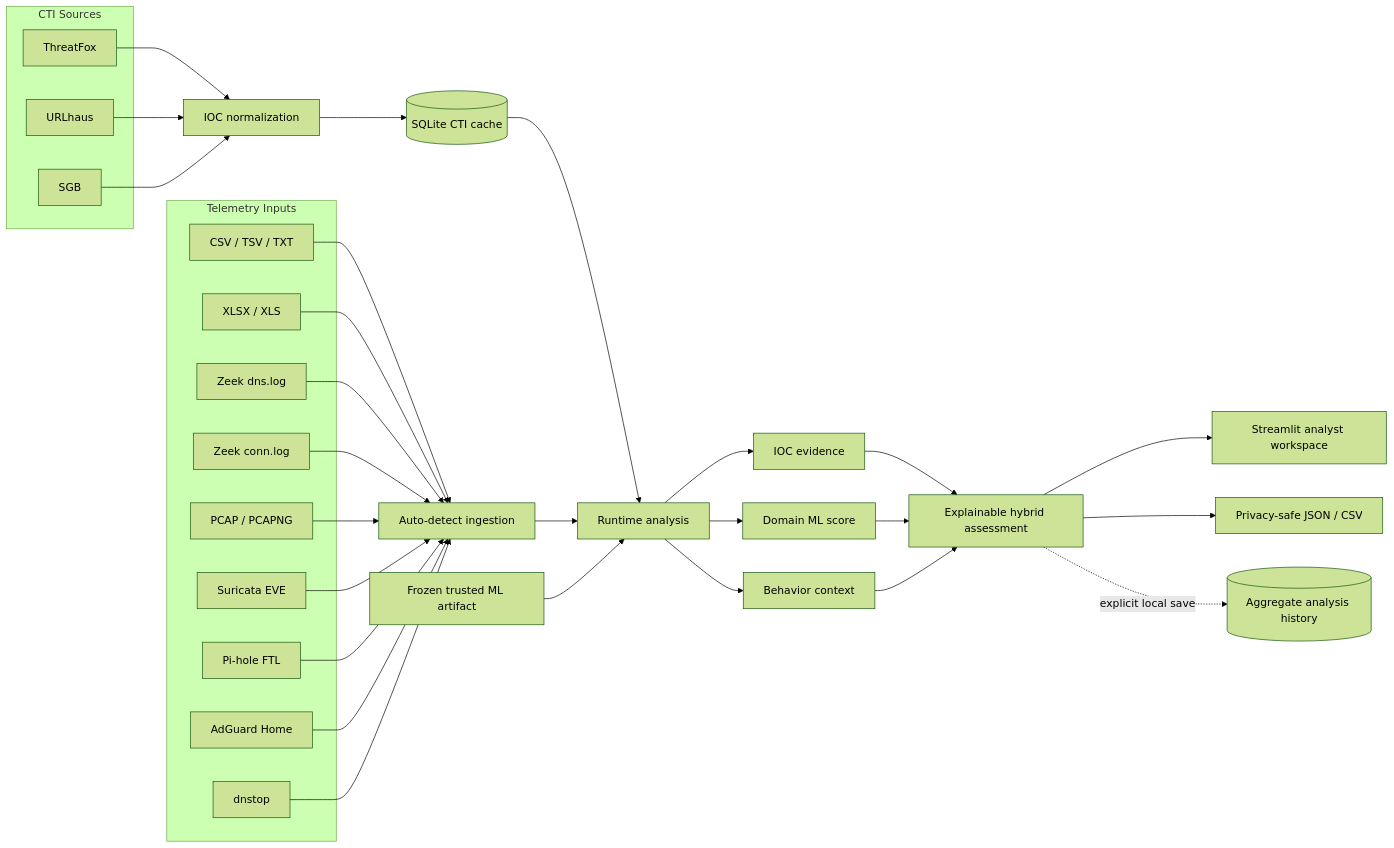
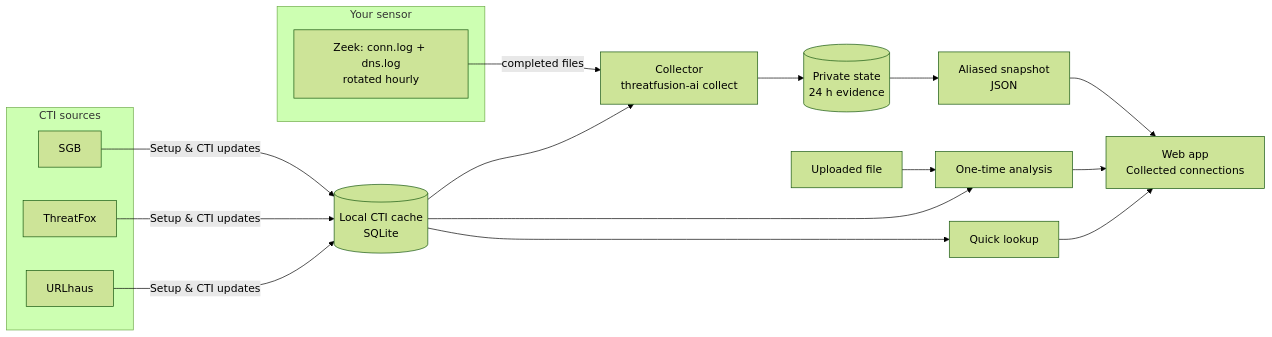
The diagram in docs/ARCHITECTURE.md (ConquestorYa/threatfusion-ai), drawn with Mermaid (forest theme) before and after one commit. The commit also changed other lines of this file and 65 other files, not shown here.

```diff
--- a/docs/ARCHITECTURE.md
+++ b/docs/ARCHITECTURE.md
@@ -47,51 +10,20 @@
 ~~~mermaid
 flowchart LR
-    subgraph SOURCES["CTI Sources"]
+    subgraph SENSOR["Your sensor"]
+        ZEEK[Zeek: conn.log + dns.log<br/>rotated hourly]
+    end
+    subgraph CTI["CTI sources"]
+        SGB[SGB]
         TF[ThreatFox]
         UH[URLhaus]
-        SGB[SGB]
     end
-
-    subgraph TELEMETRY["Telemetry Inputs"]
-        T1[CSV / TSV / TXT]
-        T2[XLSX / XLS]
-        T3[Zeek dns.log]
-        T4[Zeek conn.log]
-        T5[PCAP / PCAPNG]
-        T6[Suricata EVE]
-        T7[Pi-hole FTL]
-        T8[AdGuard Home]
-        T9[dnstop]
-    end
-
-    TF --> NORM[IOC normalization]
-    UH --> NORM
-    SGB --> NORM
-    NORM --> CACHE[(SQLite CTI cache)]
-
-    T1 --> INGEST[Auto-detect ingestion]
-    T2 --> INGEST
-    T3 --> INGEST
-    T4 --> INGEST
-    T5 --> INGEST
-    T6 --> INGEST
-    T7 --> INGEST
-    T8 --> INGEST
-    T9 --> INGEST
-
-    CACHE --> RUNTIME[Runtime analysis]
-    INGEST --> RUNTIME
-    MODEL[Frozen trusted ML artifact] --> RUNTIME
-
-    RUNTIME --> MATCH[IOC evidence]
-    RUNTIME --> ML[Domain ML score]
-    RUNTIME --> BEHAVIOR[Behavior context]
-
-    MATCH --> HYBRID[Explainable hybrid assessment]
-    ML --> HYBRID
-    BEHAVIOR --> HYBRID
-
-    HYBRID --> UI[Streamlit analyst workspace]
-    HYBRID --> EXPORT[Privacy-safe JSON / CSV]
-    HYBRID -. explicit local save .-> HISTORY[(Aggregate analysis history)]
+    SGB & TF & UH -->|Setup & CTI updates| CACHE[(Local CTI cache<br/>SQLite)]
+    ZEEK -->|completed files| COLLECTOR[Collector<br/>threatfusion-ai collect]
+    CACHE --> COLLECTOR
+    COLLECTOR --> STATE[(Private state<br/>24 h evidence)]
+    STATE --> SNAPSHOT[Aliased snapshot<br/>JSON]
+    SNAPSHOT --> UI[Web app<br/>Collected connections]
+    UPLOAD[Uploaded file] --> ANALYSIS[One-time analysis] --> UI
+    CACHE --> ANALYSIS
+    CACHE --> LOOKUP[Quick lookup] --> UI
 ~~~
```
